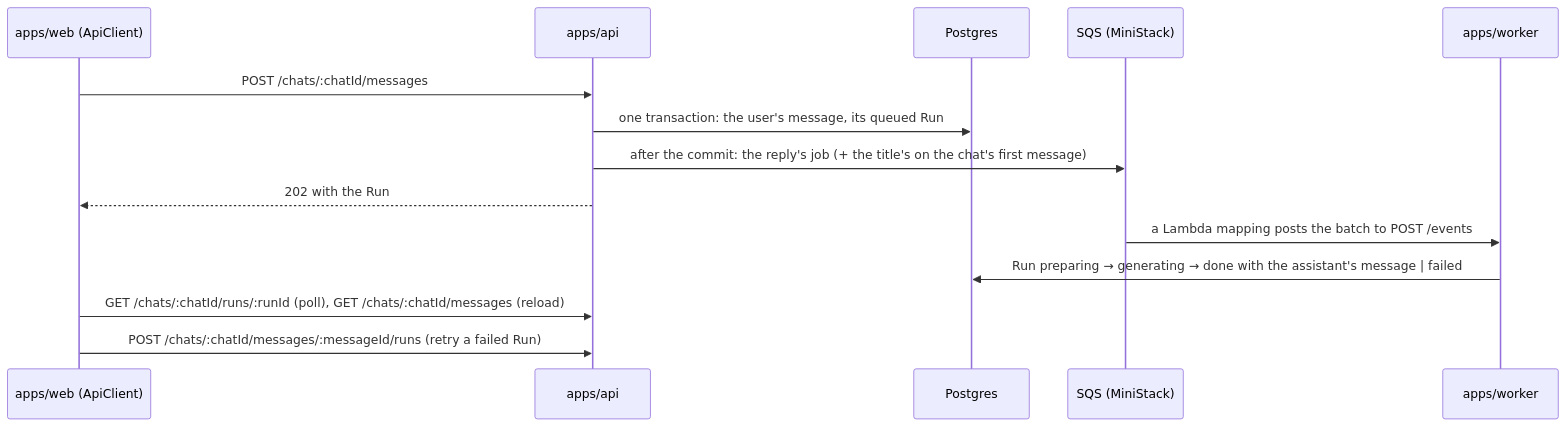
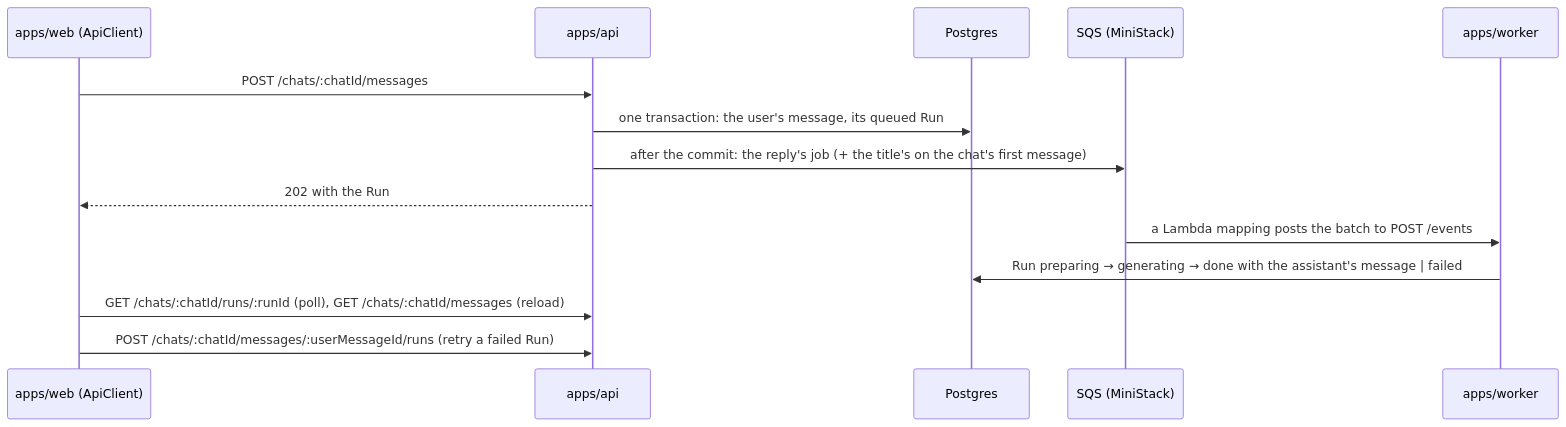
The first of 3 diagrams in README.md (khotei/app-template), drawn with Mermaid before and after one commit. The commit also changed 15 other files, not shown here.

First line of the commit message:
:sparkles: feat(reply-run): L6.8 (OWNER) Refuse a retry of a reply's id

````diff
--- a/README.md
+++ b/README.md
@@ -34,16 +34,16 @@
 ```mermaid
 sequenceDiagram
   participant W as apps/web (ApiClient)
   participant A as apps/api
   participant S as Postgres
   participant Q as SQS (MiniStack)
   participant K as apps/worker
   W->>A: POST /chats/:chatId/messages
   A->>S: one transaction: the user's message, its queued Run
   A->>Q: after the commit: the reply's job (+ the title's on the chat's first message)
   A-->>W: 202 with the Run
   Q->>K: a Lambda mapping posts the batch to POST /events
   K->>S: Run preparing → generating → done with the assistant's message | failed
   W->>A: GET /chats/:chatId/runs/:runId (poll), GET /chats/:chatId/messages (reload)
-  W->>A: POST /chats/:chatId/messages/:messageId/runs (retry a failed Run)
+  W->>A: POST /chats/:chatId/messages/:userMessageId/runs (retry a failed Run)
 ```
````
